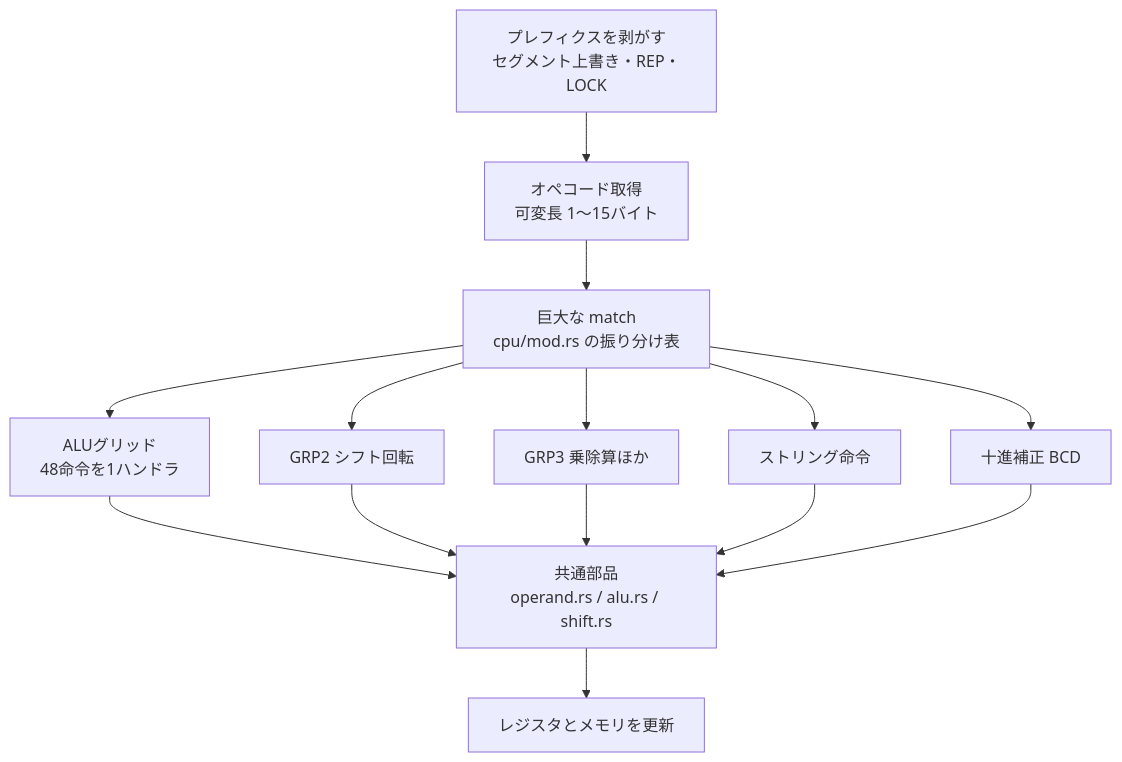
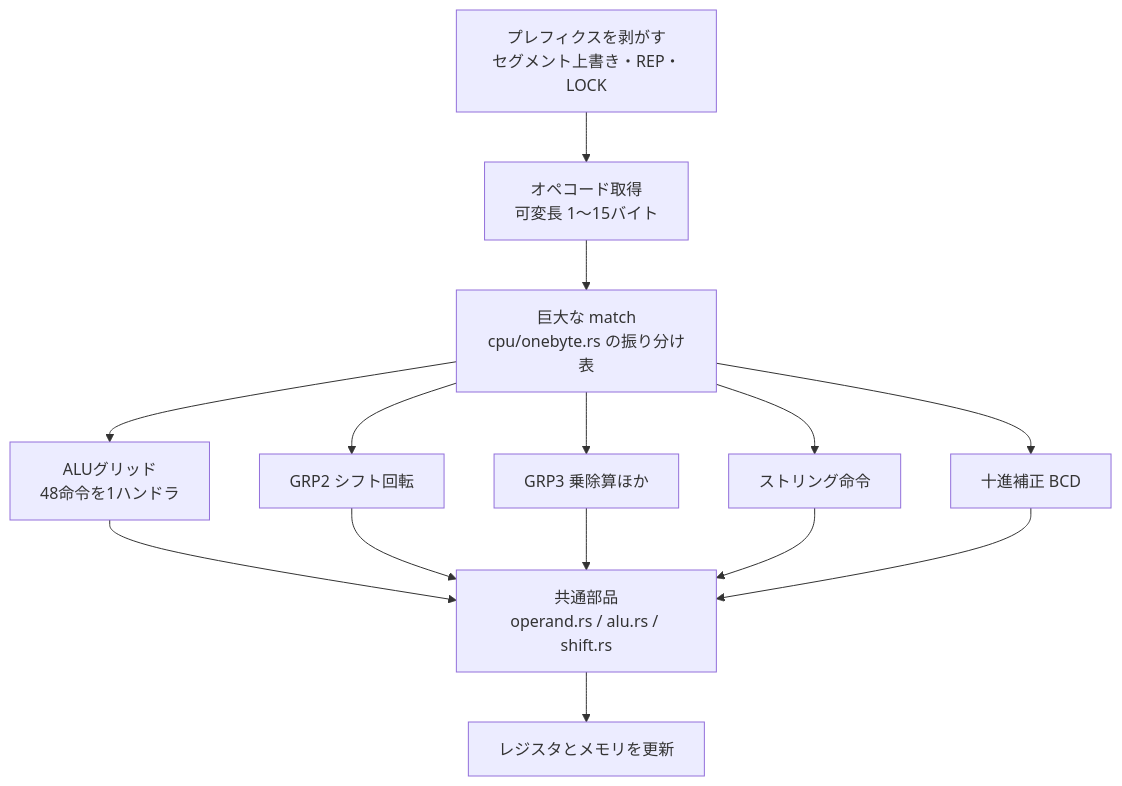
One commit to yoshiharu-ishii/rustx86 changed the second of 8 diagrams in docs/architecture.md. Above: the diagram before and after it, drawn with Mermaid. The commit also changed other lines of this file and 5 other files, not shown here.

````diff
--- a/docs/architecture.md
+++ b/docs/architecture.md
@@ -97,12 +97,12 @@
 ```mermaid
 flowchart TB
     A["プレフィクスを剥がす<br>セグメント上書き・REP・LOCK"] --> B["オペコード取得<br>可変長 1〜15バイト"]
-    B --> C["巨大な match<br>cpu/mod.rs の振り分け表"]
+    B --> C["巨大な match<br>cpu/onebyte.rs の振り分け表"]
     C --> D["ALUグリッド<br>48命令を1ハンドラ"]
     C --> E["GRP2 シフト回転"]
     C --> F["GRP3 乗除算ほか"]
     C --> G["ストリング命令"]
     C --> H["十進補正 BCD"]
     D & E & F & G & H --> I["共通部品<br>operand.rs / alu.rs / shift.rs"]
     I --> J["レジスタとメモリを更新"]
 ```
````
